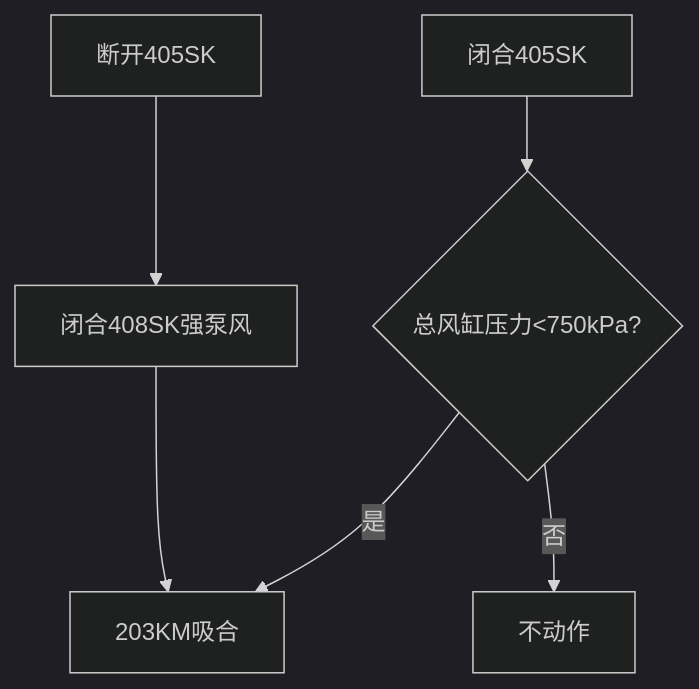
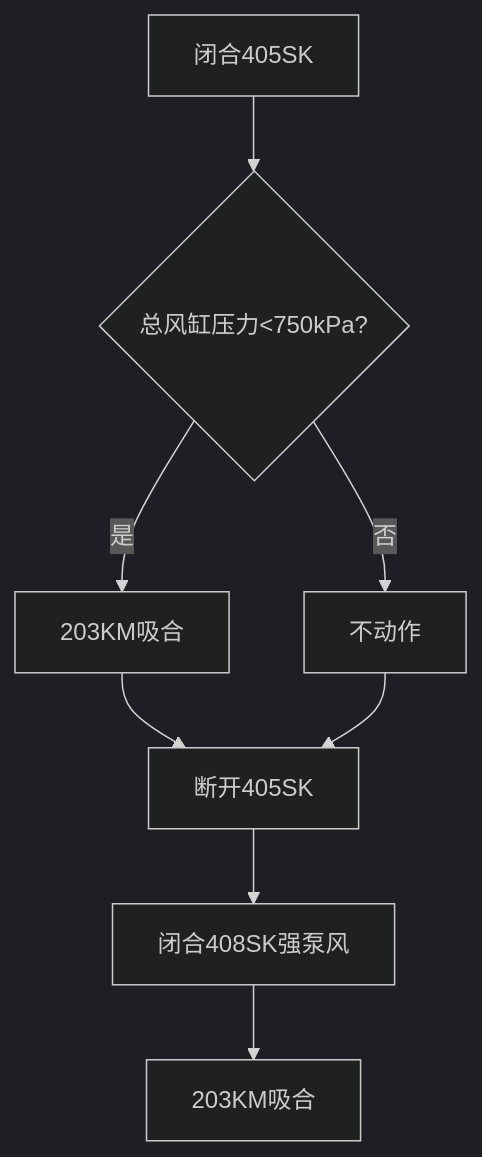
Before and after one commit to cjy0812/23school-note: the seventh of 10 diagrams in 2026实训/低压试验 0907-0924/低压试验笔记.md, drawn with Mermaid (dark theme). The commit also changed other lines of this file, not shown here.

First line of the commit message:
fix: 低压实验-流程图走向错误

````diff
--- a/2026实训/低压试验 0907-0924/低压试验笔记.md
+++ b/2026实训/低压试验 0907-0924/低压试验笔记.md
@@ -269,13 +278,15 @@
 ```mermaid
 flowchart TD
 
 A[闭合405SK]
 --> B{总风缸压力<750kPa?}
 
 B -->|是| C[203KM吸合]
 B -->|否| D[不动作]
 
-E[断开405SK]
---> F[闭合408SK强泵风]
-F --> C
+C --> E[断开405SK]
+D --> E
+
+E --> F[闭合408SK强泵风]
+F --> G[203KM吸合]
 ```
````
